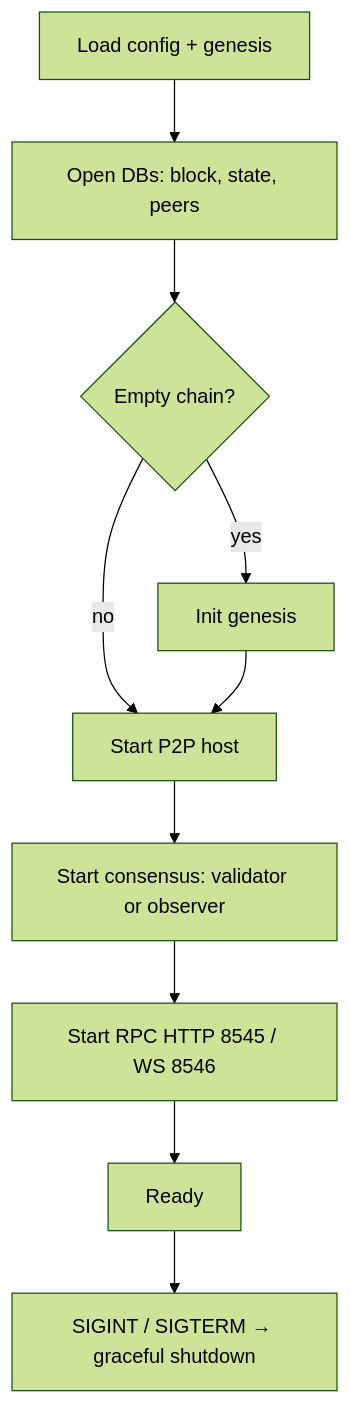
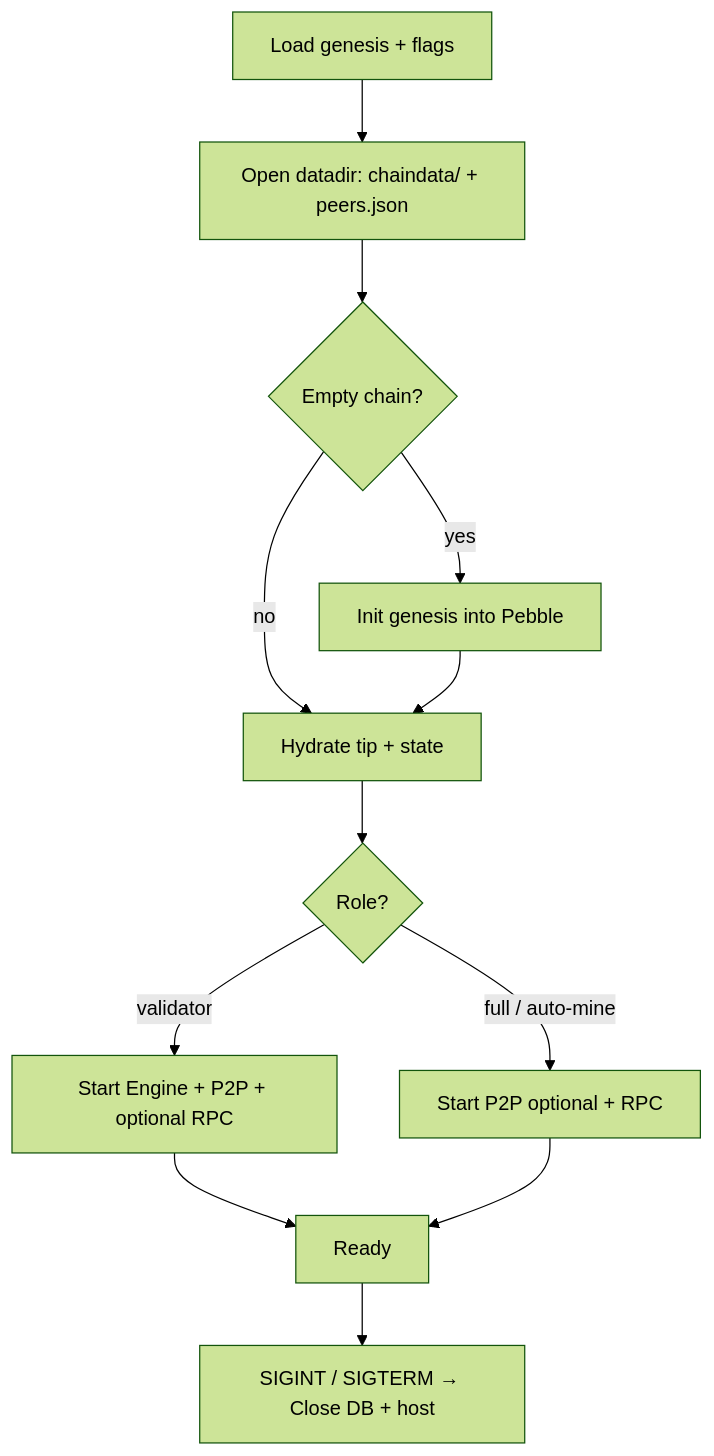
Before and after one commit to dewnetwork/dew: the diagram in docs/architecture/node-layout.md, drawn with Mermaid (forest theme). The commit also changed other lines of this file and 51 other files, not shown here.

````diff
--- a/docs/architecture/node-layout.md
+++ b/docs/architecture/node-layout.md
@@ -13,12 +13,14 @@
 ```mermaid
 flowchart TD
-  A[Load config + genesis] --> B[Open DBs: block, state, peers]
+  A[Load genesis + flags] --> B["Open datadir: chaindata/ + peers.json"]
   B --> C{Empty chain?}
-  C -->|yes| D[Init genesis]
-  C -->|no| E[Start P2P host]
+  C -->|yes| D[Init genesis into Pebble]
+  C -->|no| E[Hydrate tip + state]
   D --> E
-  E --> F[Start consensus: validator or observer]
-  F --> G[Start RPC HTTP 8545 / WS 8546]
-  G --> H[Ready]
-  H --> I[SIGINT / SIGTERM → graceful shutdown]
+  E --> F{Role?}
+  F -->|validator| G[Start Engine + P2P + optional RPC]
+  F -->|full / auto-mine| H[Start P2P optional + RPC]
+  G --> I[Ready]
+  H --> I
+  I --> J[SIGINT / SIGTERM → Close DB + host]
 ```
````
